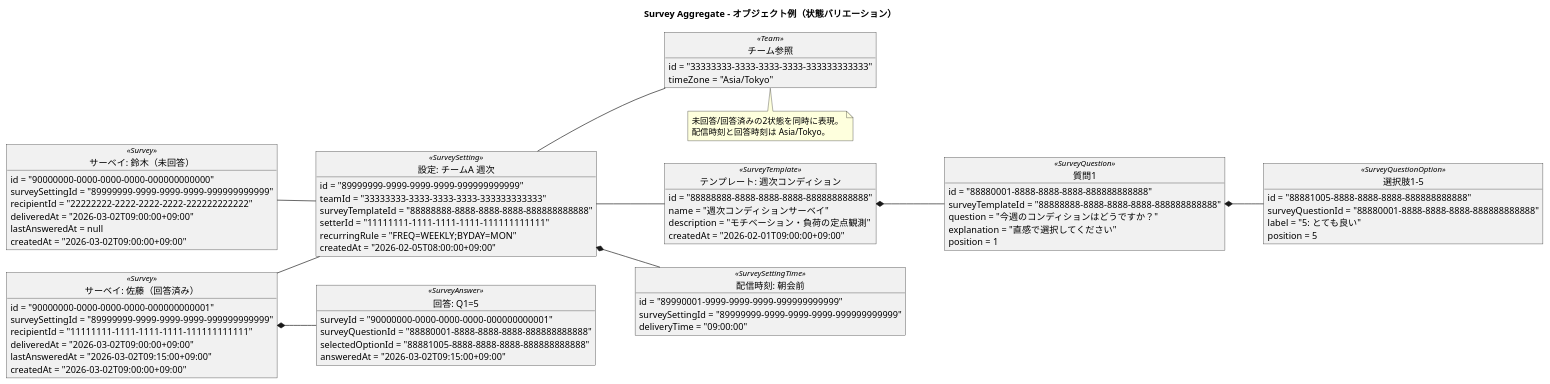
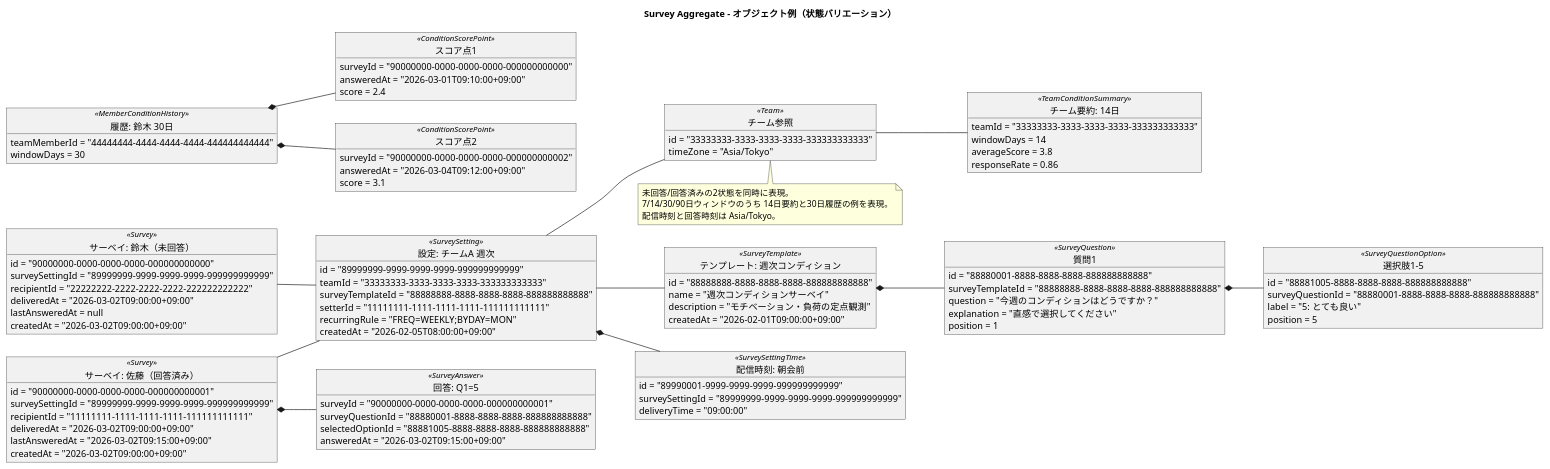
The diagram in docs/diagrams/object-examples/survey-aggregate-object-example.puml (Bonbooon/teamdev-2026), drawn with PlantUML before and after one commit. The commit also changed 5 other files, not shown here.

First line of the commit message:
docs(diagrams): update domain model object examples and team use cases

```diff
--- a/docs/diagrams/object-examples/survey-aggregate-object-example.puml
+++ b/docs/diagrams/object-examples/survey-aggregate-object-example.puml
@@ -1,89 +1,117 @@
 @startuml
 title Survey Aggregate - オブジェクト例（状態バリエーション）
 
 left to right direction
 skinparam shadowing false
 skinparam objectAttributeIconSize 0
 
 object "テンプレート: 週次コンディション" as template_weekly <<SurveyTemplate>> {
   id = "88888888-8888-8888-8888-888888888888"
   name = "週次コンディションサーベイ"
   description = "モチベーション・負荷の定点観測"
   createdAt = "2026-02-01T09:00:00+09:00"
 }
 
 object "質問1" as q1 <<SurveyQuestion>> {
   id = "88880001-8888-8888-8888-888888888888"
   surveyTemplateId = "88888888-8888-8888-8888-888888888888"
   question = "今週のコンディションはどうですか？"
   explanation = "直感で選択してください"
   position = 1
 }
 
 object "選択肢1-5" as q1opt5 <<SurveyQuestionOption>> {
   id = "88881005-8888-8888-8888-888888888888"
   surveyQuestionId = "88880001-8888-8888-8888-888888888888"
   label = "5: とても良い"
   position = 5
 }
 
 object "設定: チームA 週次" as setting_team_a <<SurveySetting>> {
   id = "89999999-9999-9999-9999-999999999999"
   teamId = "33333333-3333-3333-3333-333333333333"
   surveyTemplateId = "88888888-8888-8888-8888-888888888888"
   setterId = "11111111-1111-1111-1111-111111111111"
   recurringRule = "FREQ=WEEKLY;BYDAY=MON"
   createdAt = "2026-02-05T08:00:00+09:00"
 }
 
 object "配信時刻: 朝会前" as setting_time_1 <<SurveySettingTime>> {
   id = "89990001-9999-9999-9999-999999999999"
   surveySettingId = "89999999-9999-9999-9999-999999999999"
   deliveryTime = "09:00:00"
 }
 
 object "サーベイ: 鈴木（未回答）" as survey_unanswered <<Survey>> {
   id = "90000000-0000-0000-0000-000000000000"
   surveySettingId = "89999999-9999-9999-9999-999999999999"
   recipientId = "22222222-2222-2222-2222-222222222222"
   deliveredAt = "2026-03-02T09:00:00+09:00"
   lastAnsweredAt = null
   createdAt = "2026-03-02T09:00:00+09:00"
 }
 
 object "サーベイ: 佐藤（回答済み）" as survey_answered <<Survey>> {
   id = "90000000-0000-0000-0000-000000000001"
   surveySettingId = "89999999-9999-9999-9999-999999999999"
   recipientId = "11111111-1111-1111-1111-111111111111"
   deliveredAt = "2026-03-02T09:00:00+09:00"
   lastAnsweredAt = "2026-03-02T09:15:00+09:00"
   createdAt = "2026-03-02T09:00:00+09:00"
 }
 
 object "回答: Q1=5" as ans_q1 <<SurveyAnswer>> {
   surveyId = "90000000-0000-0000-0000-000000000001"
   surveyQuestionId = "88880001-8888-8888-8888-888888888888"
   selectedOptionId = "88881005-8888-8888-8888-888888888888"
   answeredAt = "2026-03-02T09:15:00+09:00"
 }
 
+object "チーム要約: 14日" as condition_summary_14 <<TeamConditionSummary>> {
+  teamId = "33333333-3333-3333-3333-333333333333"
+  windowDays = 14
+  averageScore = 3.8
+  responseRate = 0.86
+}
+
+object "履歴: 鈴木 30日" as condition_history_hanako <<MemberConditionHistory>> {
+  teamMemberId = "44444444-4444-4444-4444-444444444444"
+  windowDays = 30
+}
+
+object "スコア点1" as score_point_1 <<ConditionScorePoint>> {
+  surveyId = "90000000-0000-0000-0000-000000000000"
+  answeredAt = "2026-03-01T09:10:00+09:00"
+  score = 2.4
+}
+
+object "スコア点2" as score_point_2 <<ConditionScorePoint>> {
+  surveyId = "90000000-0000-0000-0000-000000000002"
+  answeredAt = "2026-03-04T09:12:00+09:00"
+  score = 3.1
+}
+
 object "チーム参照" as team_ref <<Team>> {
   id = "33333333-3333-3333-3333-333333333333"
   timeZone = "Asia/Tokyo"
 }
 
 template_weekly *-- q1
 q1 *-- q1opt5
 setting_team_a *-- setting_time_1
 survey_answered *-- ans_q1
 setting_team_a -- template_weekly
 setting_team_a -- team_ref
 survey_unanswered -- setting_team_a
 survey_answered -- setting_team_a
+team_ref -- condition_summary_14
+condition_history_hanako *-- score_point_1
+condition_history_hanako *-- score_point_2
 
 note bottom
 未回答/回答済みの2状態を同時に表現。
+7/14/30/90日ウィンドウのうち 14日要約と30日履歴の例を表現。
 配信時刻と回答時刻は Asia/Tokyo。
 end note
 
 @enduml
```
